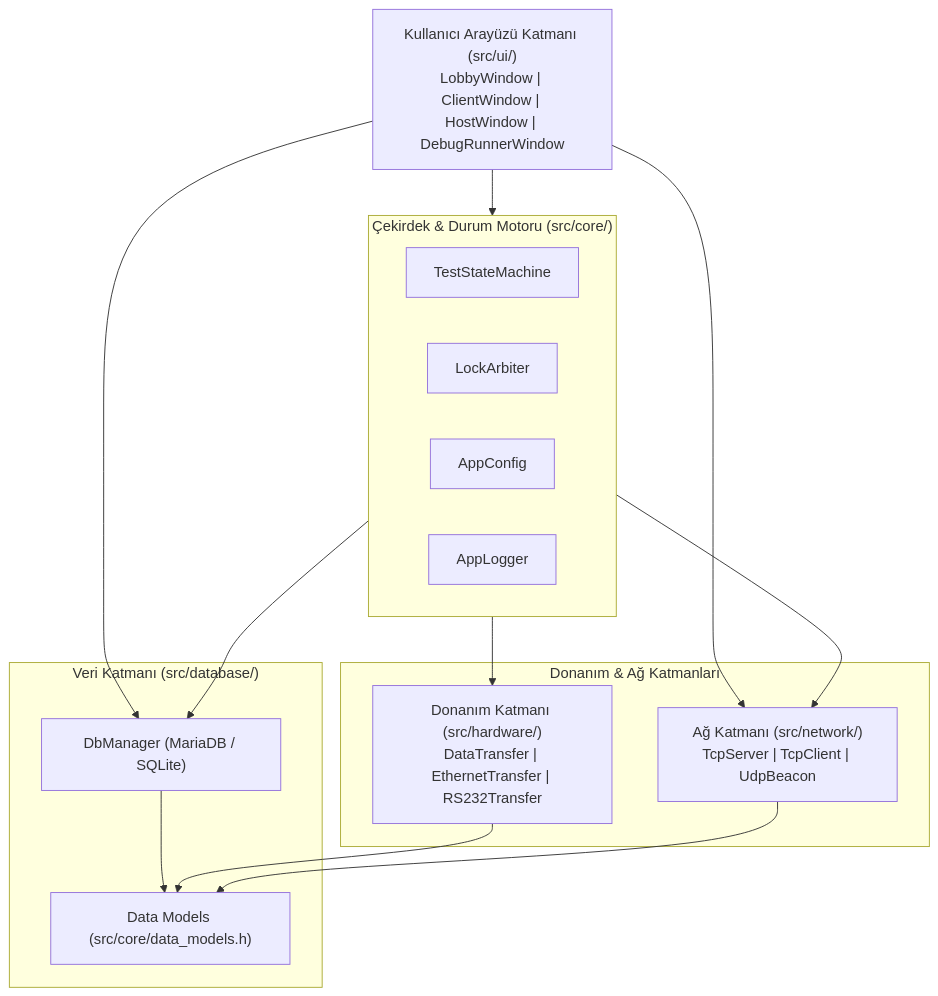
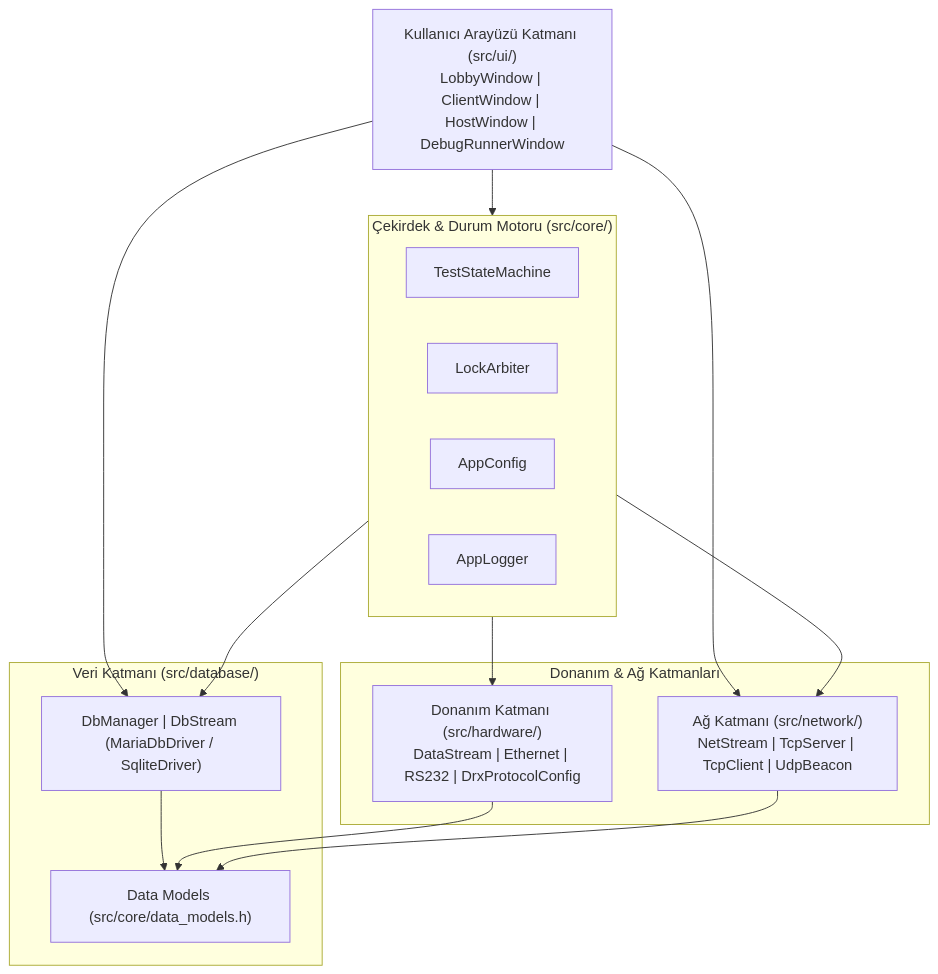
One commit to Kralgres60/Mobilsat-Test-Otomasyonu changed the first of 2 diagrams in docs/CODE_ARCHITECTURE_AND_API_GUIDE.md. Above: the diagram before and after it, drawn with Mermaid. The commit also changed other lines of this file and 38 other files, not shown here.

````diff
--- a/docs/CODE_ARCHITECTURE_AND_API_GUIDE.md
+++ b/docs/CODE_ARCHITECTURE_AND_API_GUIDE.md
@@ -56,31 +56,31 @@
 ```mermaid
 graph TD
     UI["Kullanıcı Arayüzü Katmanı (src/ui/)<br/>LobbyWindow | ClientWindow | HostWindow | DebugRunnerWindow"]
     
     subgraph Core["Çekirdek & Durum Motoru (src/core/)"]
         StateMachine["TestStateMachine"]
         LockArb["LockArbiter"]
         Cfg["AppConfig"]
         Log["AppLogger"]
     end
     
     subgraph Transports["Donanım & Ağ Katmanları"]
-        HW["Donanım Katmanı (src/hardware/)<br/>DataTransfer | EthernetTransfer | RS232Transfer"]
-        NET["Ağ Katmanı (src/network/)<br/>TcpServer | TcpClient | UdpBeacon"]
+        HW["Donanım Katmanı (src/hardware/)<br/>DataStream | Ethernet | RS232 | DrxProtocolConfig"]
+        NET["Ağ Katmanı (src/network/)<br/>NetStream | TcpServer | TcpClient | UdpBeacon"]
     end
     
     subgraph Data["Veri Katmanı (src/database/)"]
-        DB["DbManager (MariaDB / SQLite)"]
+        DB["DbManager | DbStream (MariaDbDriver / SqliteDriver)"]
         Models["Data Models (src/core/data_models.h)"]
     end
 
     UI --> Core
     UI --> NET
     UI --> DB
     Core --> HW
     Core --> NET
     Core --> DB
     DB --> Models
     HW --> Models
     NET --> Models
 ```
````
